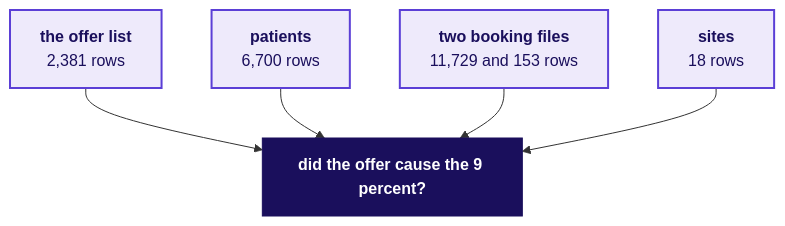
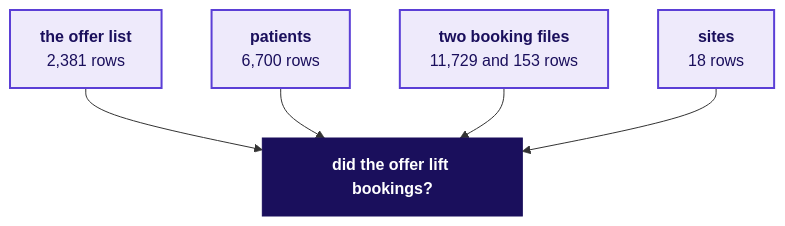
One commit to fde-academy-lab/c2-content-factory changed diagram 12 of 22 in content/W03/D1/slides/C2_W03_D01_introduction_STUDENT.md. Above: the diagram before and after it, drawn with Mermaid. The commit also changed other lines of this file and 15 other files, not shown here.

````diff
--- a/content/W03/D1/slides/C2_W03_D01_introduction_STUDENT.md
+++ b/content/W03/D1/slides/C2_W03_D01_introduction_STUDENT.md
@@ -647,11 +676,11 @@
 ```mermaid
 flowchart TB
-    O["<b>the offer list</b><br/>2,381 rows"] --> Q["<b>did the offer cause the 9 percent?</b>"]
+    O["<b>the offer list</b><br/>2,381 rows"] --> Q["<b>did the offer lift bookings?</b>"]
     P["<b>patients</b><br/>6,700 rows"] --> Q
     B["<b>two booking files</b><br/>11,729 and 153 rows"] --> Q
     S["<b>sites</b><br/>18 rows"] --> Q
     classDef known fill:#EEEAFB,stroke:#5B3FD6,color:#1A0F5C,stroke-width:2px
     classDef dark fill:#1A0F5C,stroke:#1A0F5C,color:#FFFFFF
     class O,P,B,S known
     class Q dark
 ```
````
